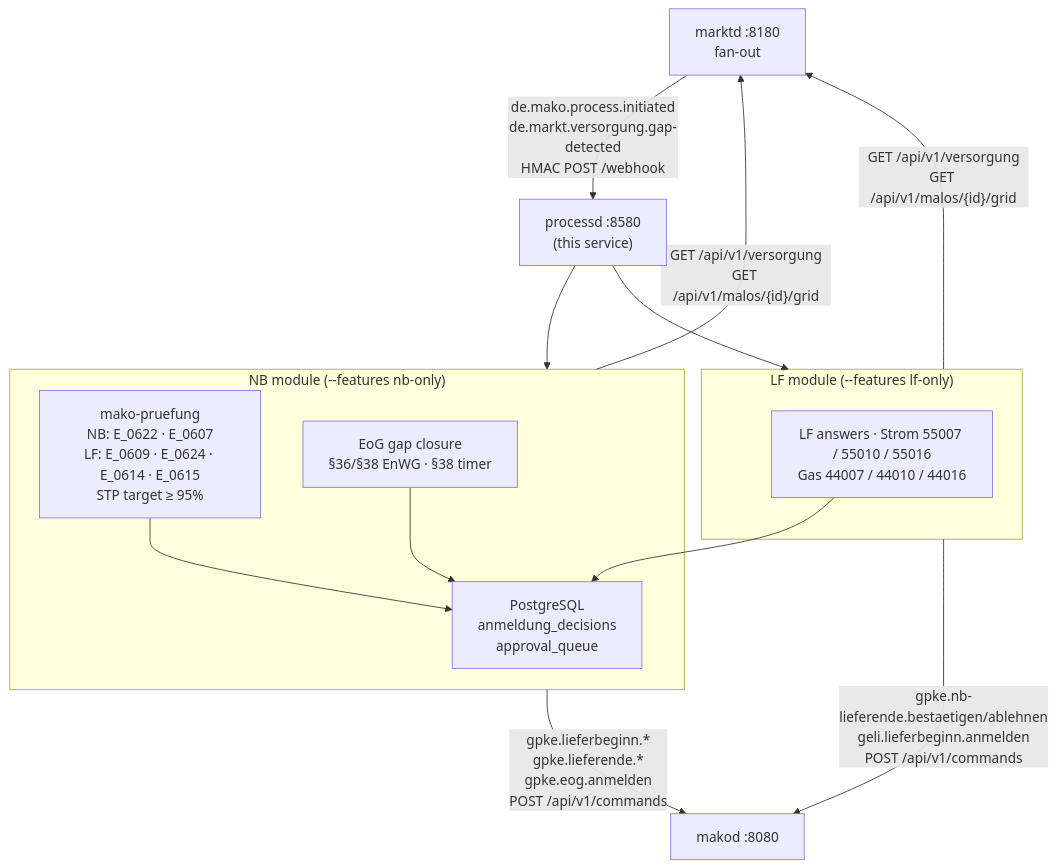
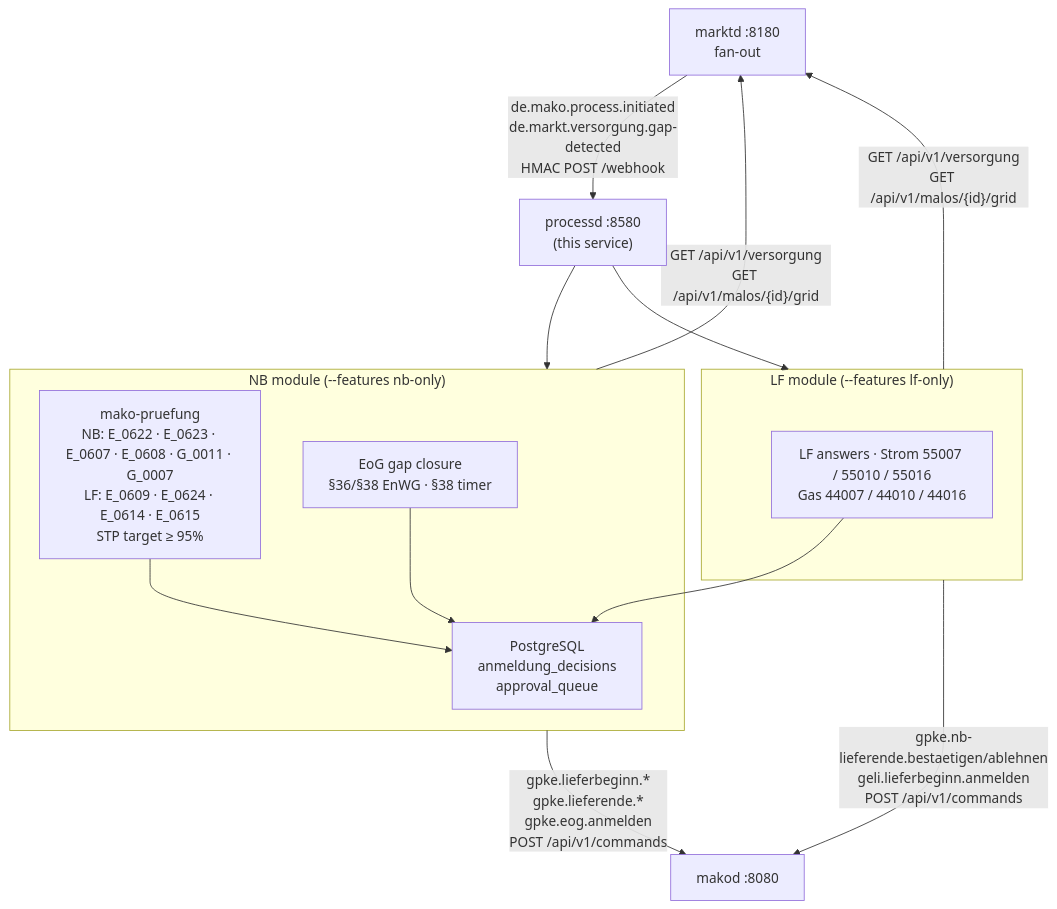
One commit to hupe1980/mako changed the first of 2 diagrams in site/content/docs/services/processd.md. Above: the diagram before and after it, drawn with Mermaid. The commit also changed other lines of this file and 79 other files, not shown here.

````diff
--- a/site/content/docs/services/processd.md
+++ b/site/content/docs/services/processd.md
@@ -13,27 +13,27 @@
 ```mermaid
 graph TB
     marktd["marktd :8180<br/>fan-out"]
     processd["processd :8580<br/>(this service)"]
     makod["makod :8080"]
     pg["PostgreSQL<br/>anmeldung_decisions<br/>approval_queue"]
 
     marktd -->|"de.mako.process.initiated<br/>de.markt.versorgung.gap-detected<br/>HMAC POST /webhook"| processd
 
     subgraph NB ["NB module (--features nb-only)"]
-        NC["mako-pruefung<br/>NB: E_0622 · E_0607<br/>LF: E_0609 · E_0624 · E_0614 · E_0615<br/>STP target ≥ 95%"]
+        NC["mako-pruefung<br/>NB: E_0622 · E_0623 · E_0607 · E_0608 · G_0011 · G_0007<br/>LF: E_0609 · E_0624 · E_0614 · E_0615<br/>STP target ≥ 95%"]
         EOG["EoG gap closure<br/>§36/§38 EnWG · §38 timer"]
         NC --> pg
         EOG --> pg
     end
 
     subgraph LF ["LF module (--features lf-only)"]
         LFA["LF answers · Strom 55007 / 55010 / 55016<br/>Gas 44007 / 44010 / 44016"]
         LFA --> pg
     end
 
     processd --> NB
     processd --> LF
     NB -->|"gpke.lieferbeginn.*<br/>gpke.lieferende.*<br/>gpke.eog.anmelden<br/>POST /api/v1/commands"| makod
     LF -->|"gpke.nb-lieferende.bestaetigen/ablehnen<br/>geli.lieferbeginn.anmelden<br/>POST /api/v1/commands"| makod
     NB & LF -->|"GET /api/v1/versorgung<br/>GET /api/v1/malos/{id}/grid"| marktd
 ```
````
